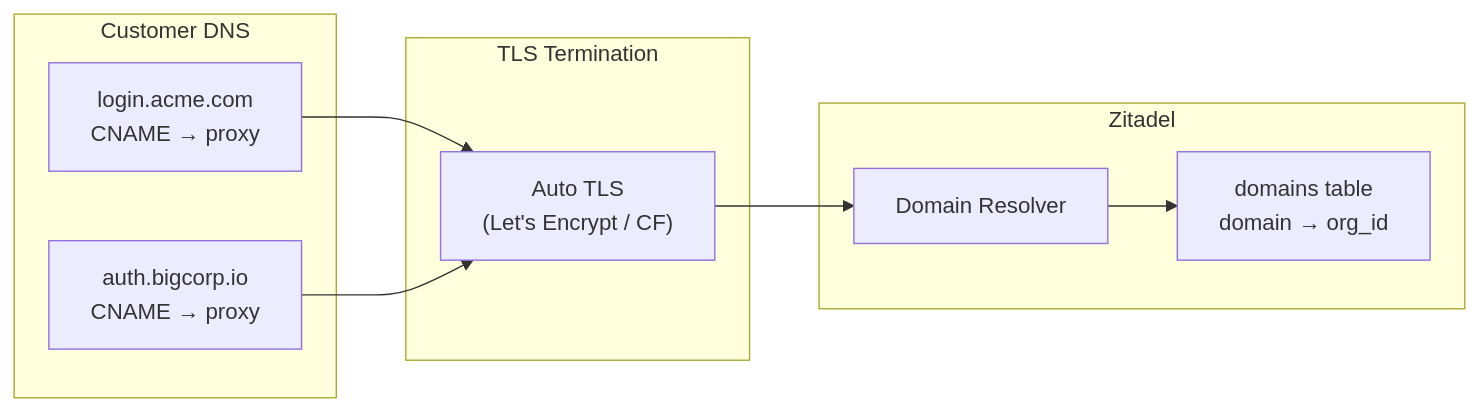
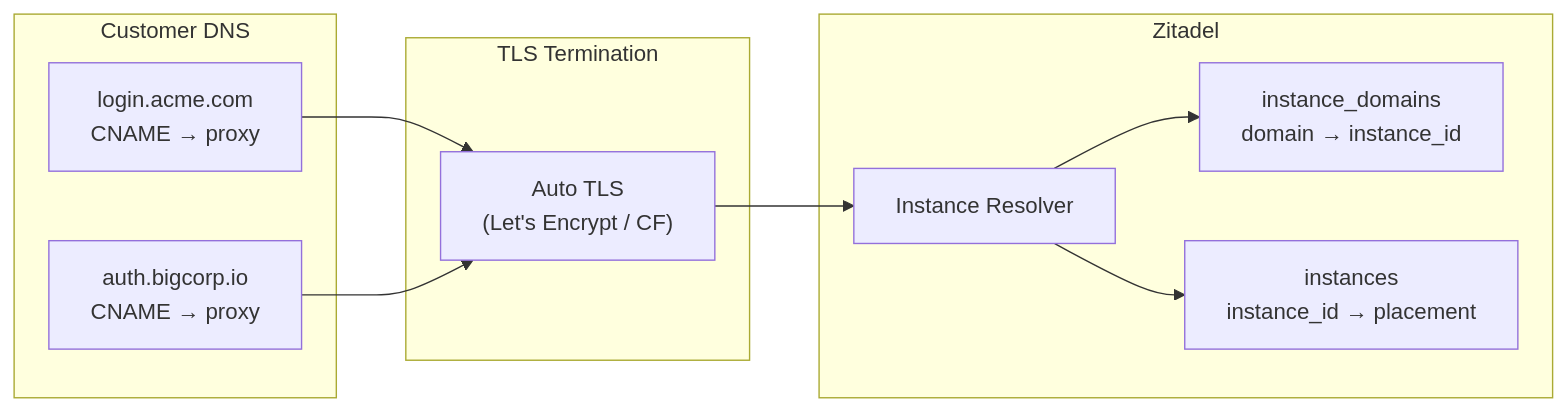
One commit to fforootd/hodor changed the third of 3 diagrams in docs/architecture/overview.md. Above: the diagram before and after it, drawn with Mermaid. The commit also changed other lines of this file and 47 other files, not shown here.

````diff
--- a/docs/architecture/overview.md
+++ b/docs/architecture/overview.md
@@ -191,21 +192,23 @@
 ```mermaid
 graph LR
     subgraph Customer_DNS["Customer DNS"]
         D1["login.acme.com<br/>CNAME → proxy"]
         D2["auth.bigcorp.io<br/>CNAME → proxy"]
     end
 
     subgraph Proxy["TLS Termination"]
         AutoTLS["Auto TLS<br/>(Let's Encrypt / CF)"]
     end
 
     subgraph Zitadel
-        DR["Domain Resolver"]
-        DomainTable["domains table<br/>domain → org_id"]
+        DR["Instance Resolver"]
+        Domains["instance_domains<br/>domain → instance_id"]
+        Instances["instances<br/>instance_id → placement"]
     end
 
     D1 --> AutoTLS
     D2 --> AutoTLS
     AutoTLS --> DR
-    DR --> DomainTable
+    DR --> Domains
+    DR --> Instances
 ```
````
